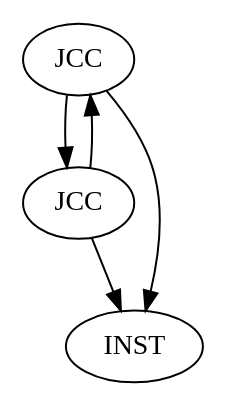
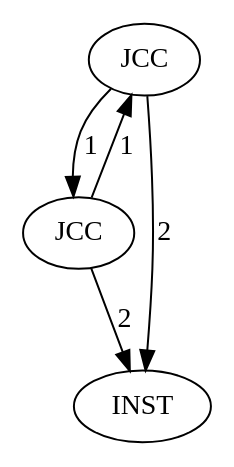
One commit to yaps8/griso changed the diagram in tests_graphs/test5/test.dot. Above: the diagram before and after it, drawn with Graphviz. The commit also changed 25 other files, not shown here.

```diff
--- a/tests_graphs/test5/test.dot
+++ b/tests_graphs/test5/test.dot
@@ -1,9 +1,9 @@
 Digraph G {
 "A" [label = "JCC" , options="root"]
 "B" [label = "JCC"]
 "C" [label = "INST"]
-"A" -> "B"
-"A" -> "C"
-"B" -> "A"
-"B" -> "C"
+"A" -> "B" [label = "1"]
+"A" -> "C" [label = "2"]
+"B" -> "A" [label = "1"]
+"B" -> "C" [label = "2"]
 }
```
